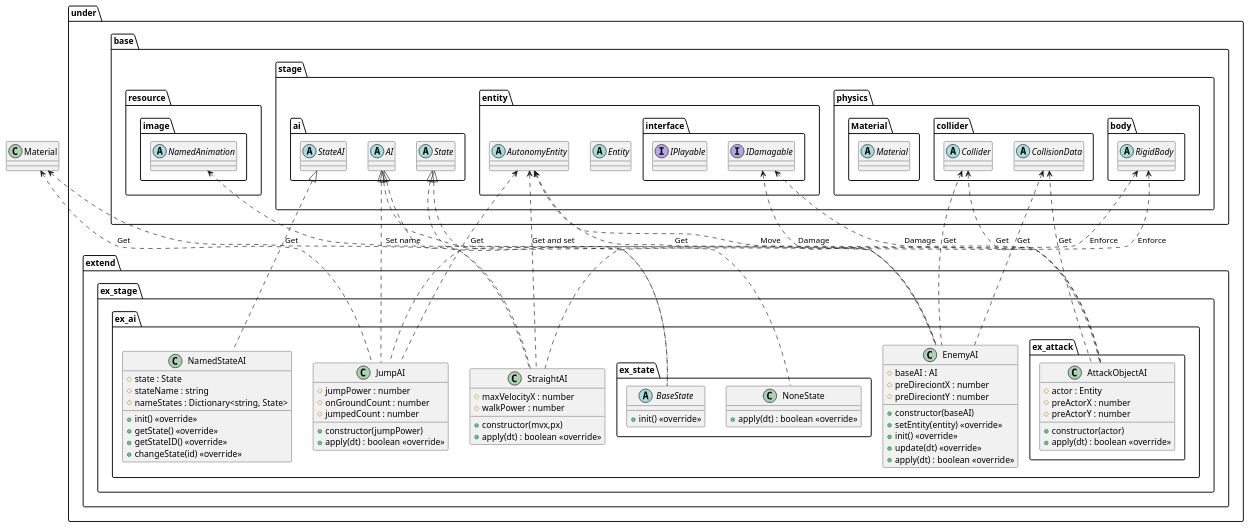
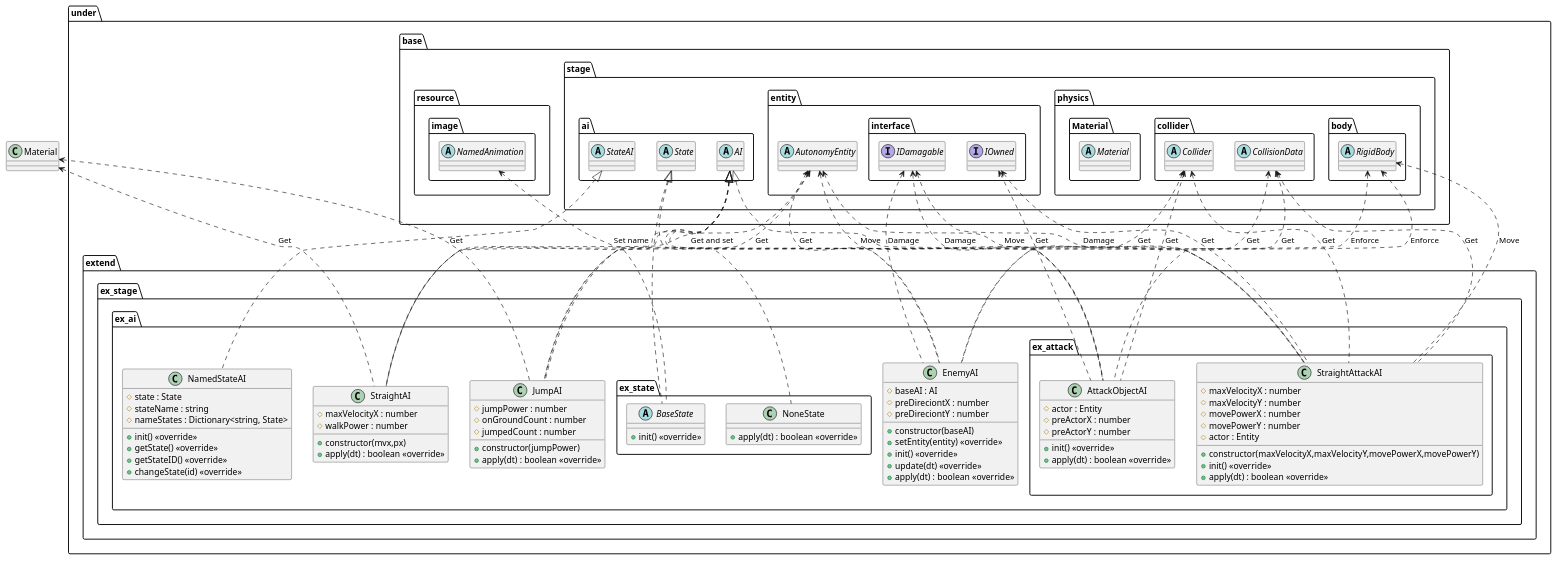
Before and after one commit to Expine/Under: the diagram in uml/entity/ai/Extend.wsd, drawn with PlantUML. The commit also changed 58 other files, not shown here.

Commit message:
Abstract owned entity and generating attack object

```diff
--- a/uml/entity/ai/Extend.wsd
+++ b/uml/entity/ai/Extend.wsd
@@ -1,125 +1,145 @@
 @startuml AIExtend
 
 package under {
     package extend {
         package ex_stage {
             package ex_ai {
                 class NamedStateAI {
                     #state : State
                     #stateName : string
                     #nameStates : Dictionary<string, State>
                     +init() <<override>>
                     +getState() <<override>>
                     +getStateID() <<override>>
                     +changeState(id) <<override>>
                 }
                 class StraightAI {
                     +constructor(mvx,px)
                     #maxVelocityX : number
                     #walkPower : number
                     +apply(dt) : boolean <<override>>
                 }
                 class JumpAI {
                     +constructor(jumpPower)
                     #jumpPower : number
                     #onGroundCount : number
                     #jumpedCount : number
                     +apply(dt) : boolean <<override>>
                 }
                 class EnemyAI {
                     +constructor(baseAI)
                     #baseAI : AI
                     #preDireciontX : number
                     #preDireciontY : number
                     +setEntity(entity) <<override>>
                     +init() <<override>>
                     +update(dt) <<override>>
                     +apply(dt) : boolean <<override>>
                 }
                 package ex_attack {
                     class AttackObjectAI {
-                        +constructor(actor)
                         #actor : Entity
                         #preActorX : number
                         #preActorY : number
+                        +init() <<override>>
+                        +apply(dt) : boolean <<override>>
+                    }
+                    class StraightAttackAI {
+                        +constructor(maxVelocityX,maxVelocityY,movePowerX,movePowerY)
+                        #maxVelocityX : number
+                        #maxVelocityY : number
+                        #movePowerX : number
+                        #movePowerY : number
+                        #actor : Entity
+                        +init() <<override>>
                         +apply(dt) : boolean <<override>>
                     }
                 }
 
                 package ex_state {
                     abstract BaseState {
                         +init() <<override>>
                     }
                     class NoneState {
                         +apply(dt) : boolean <<override>>
                     }
                 }
             }
         }
     }
 }
 
 package under {
     package base {
         package resource {
             package image {
                 abstract NamedAnimation
             }
         }
         package stage {
             package ai {
                 abstract AI
                 abstract StateAI
                 abstract State
             }
             package entity {
-                abstract Entity
                 abstract AutonomyEntity
                 package interface {
                     interface IDamagable
-                    interface IPlayable
+                    interface IOwned
                 }
             }
             package physics {
                 package collider {
                     abstract Collider
                     abstract CollisionData
                 }
                 package body {
                     abstract RigidBody
                 }
                 package Material {
                     abstract Material
                 }
             }
         }
     }
 }
 
 AutonomyEntity <.. StraightAI : Get and set
 RigidBody <.. StraightAI : Enforce
 Material <.. StraightAI : Get
 AutonomyEntity <.. JumpAI : Get
 RigidBody <.. JumpAI : Enforce
 Material <.. JumpAI : Get
 AutonomyEntity <.. EnemyAI : Get
 Collider <.. EnemyAI : Get
 CollisionData <.. EnemyAI : Get
 IDamagable <.. EnemyAI : Damage
 
 NamedAnimation <.. BaseState : Set name
 
 AutonomyEntity <.. AttackObjectAI : Move
+IOwned <.. AttackObjectAI : Get
 Collider <.. AttackObjectAI : Get
 CollisionData <.. AttackObjectAI : Get
 IDamagable <.. AttackObjectAI : Damage
+
+AutonomyEntity <.. StraightAttackAI : Move
+IOwned <.. StraightAttackAI : Get
+RigidBody <.. StraightAttackAI : Move
+Collider <.. StraightAttackAI : Get
+CollisionData <.. StraightAttackAI : Get
+IDamagable <.. StraightAttackAI : Damage
 
 StateAI <|.. NamedStateAI
 AI <|.. StraightAI
 AI <|.. JumpAI
 AI <|.. EnemyAI
 
+AI <|.. AttackObjectAI
+AI <|.. StraightAttackAI
+
 State <|.. BaseState
 State <|.. NoneState
 
 @enduml
```
